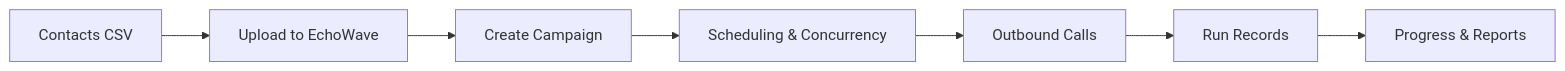
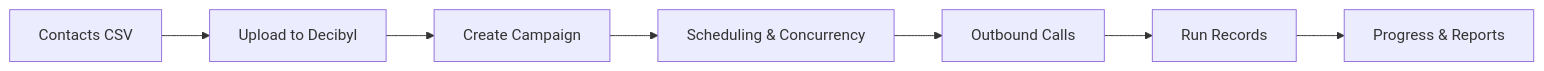
The diagram in echowave/docs/core-concepts/campaigns.mdx (Stratfiy/echowave-redesign), drawn with Mermaid before and after one commit. The commit also changed other lines of this file and 490 other files, not shown here.

````diff
--- a/echowave/docs/core-concepts/campaigns.mdx
+++ b/echowave/docs/core-concepts/campaigns.mdx
@@ -11,9 +11,9 @@
 ```mermaid
 flowchart LR
-    CSV[Contacts CSV] --> Upload[Upload to EchoWave]
+    CSV[Contacts CSV] --> Upload[Upload to Decibyl]
     Upload --> Campaign[Create Campaign]
     Campaign --> Schedule[Scheduling & Concurrency]
     Schedule --> Calls[Outbound Calls]
     Calls --> Runs[Run Records]
     Runs --> Results[Progress & Reports]
 ```
````
